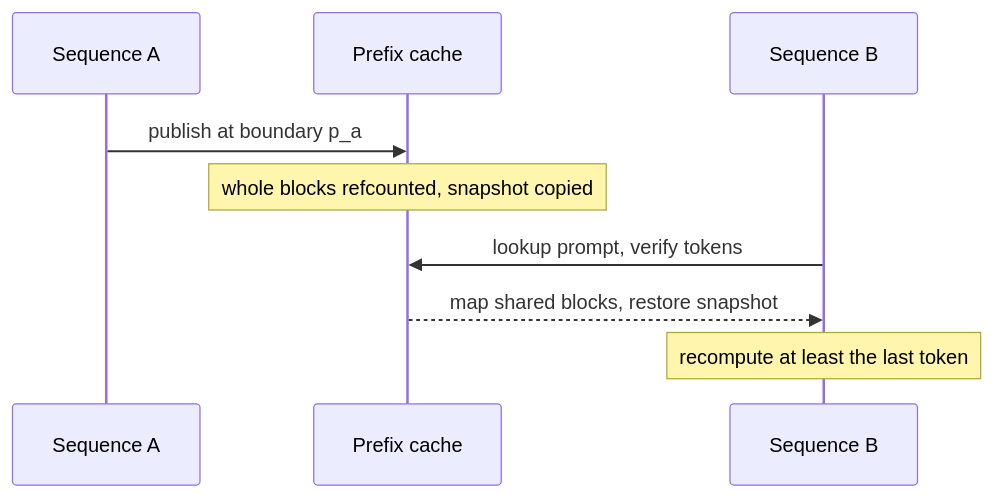
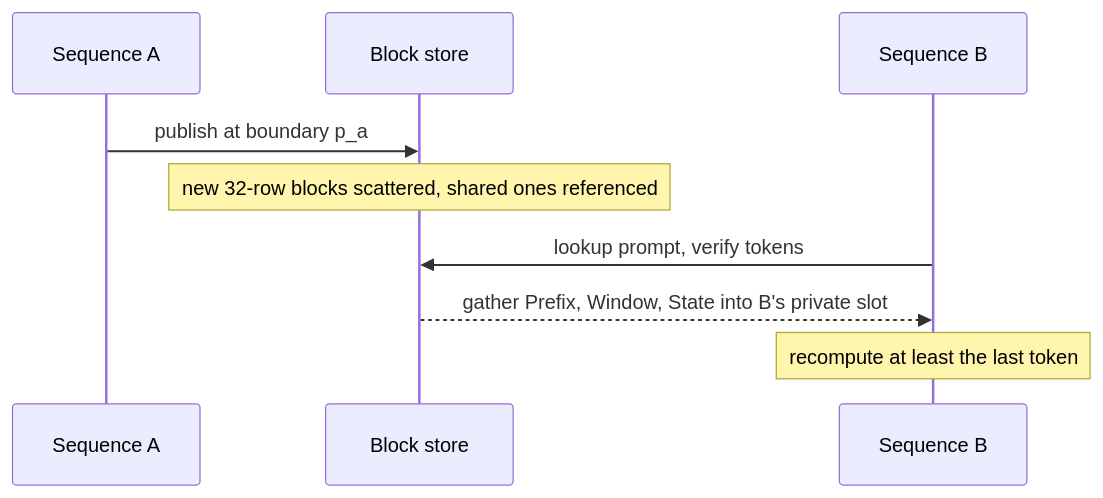
Before and after one commit to infervisor/plow: the fourth of 4 diagrams in docs/arch/22-kv-cache.md, drawn with Mermaid. The commit also changed other lines of this file and 2 other files, not shown here.

First line of the commit message:
docs: arch/22 §7–9 and the runtime prefix-cache notes on the block store

````diff
--- a/docs/arch/22-kv-cache.md
+++ b/docs/arch/22-kv-cache.md
@@ -441,11 +446,11 @@
 ```mermaid
 sequenceDiagram
     participant A as Sequence A
-    participant C as Prefix cache
+    participant S as Block store
     participant B as Sequence B
-    A->>C: publish at boundary p_a
-    Note over C: whole blocks refcounted, snapshot copied
-    B->>C: lookup prompt, verify tokens
-    C-->>B: map shared blocks, restore snapshot
+    A->>S: publish at boundary p_a
+    Note over S: new 32-row blocks scattered, shared ones referenced
+    B->>S: lookup prompt, verify tokens
+    S-->>B: gather Prefix, Window, State into B's private slot
     Note over B: recompute at least the last token
 ```
````
